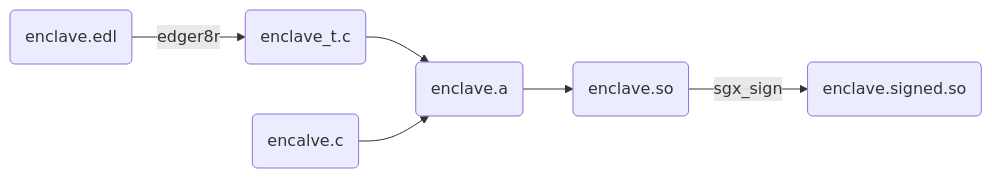
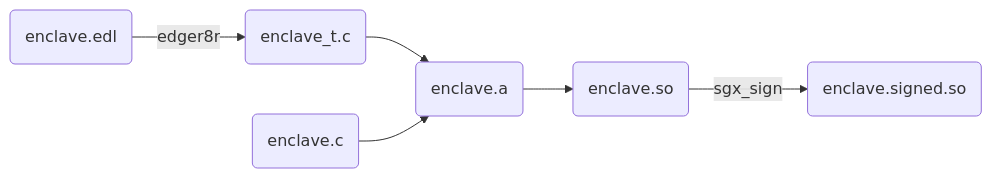
Before and after one commit to mobilecoinfoundation/sgx: the first of 2 diagrams in untrusted/test_enclave/README.md, drawn with Mermaid. The commit also changed 4 other files, not shown here.

````diff
--- a/untrusted/test_enclave/README.md
+++ b/untrusted/test_enclave/README.md
@@ -53,8 +53,8 @@
 ```mermaid
 graph LR
     A(enclave.edl) -->|edger8r| B(enclave_t.c)
     B --> D(enclave.a)
-    C(encalve.c) --> D
+    C(enclave.c) --> D
     D --> E(enclave.so)
     E --> |sgx_sign| F(enclave.signed.so)
 ```
````
